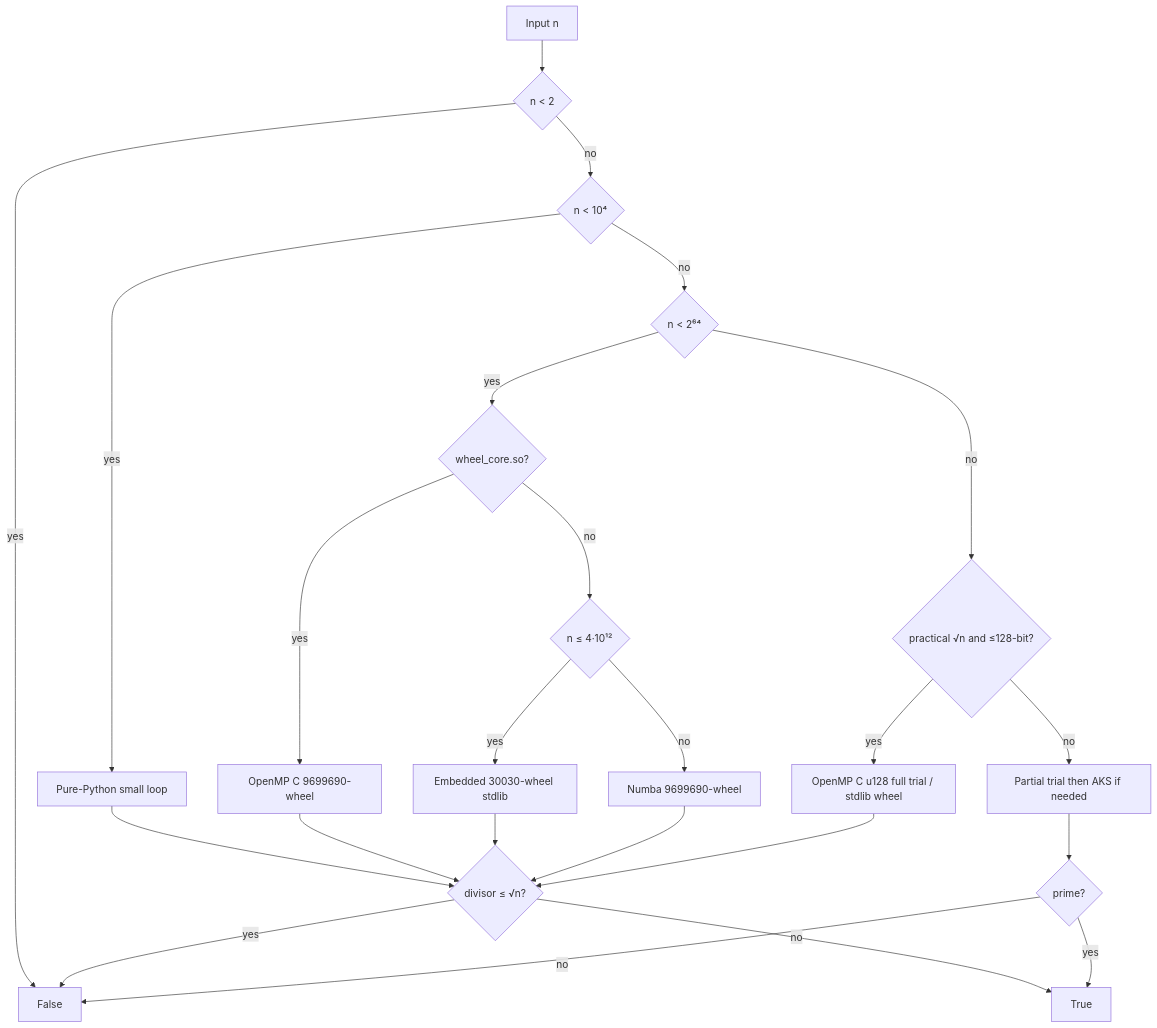
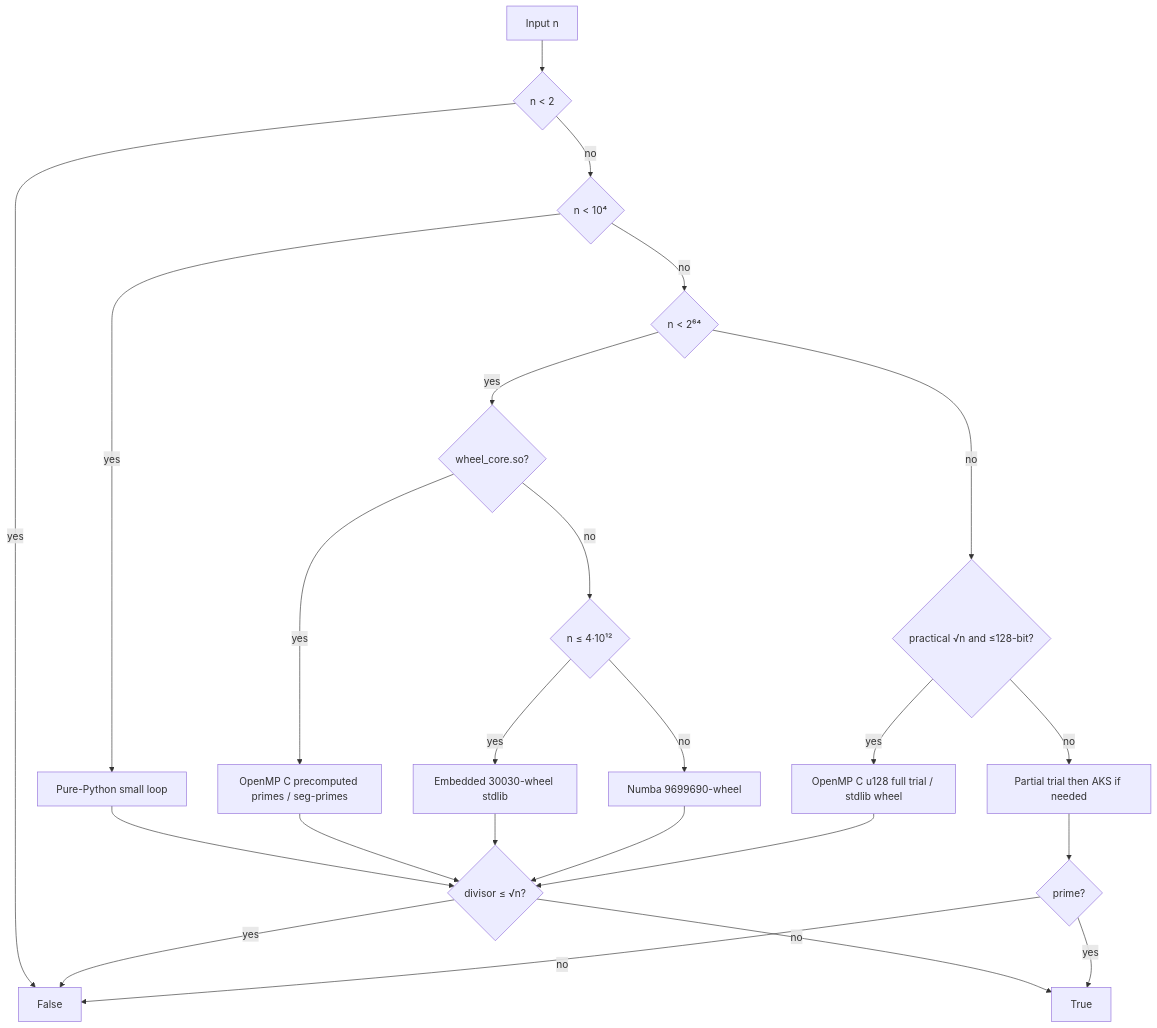
Before and after one commit to BurakAhmet/Best-Prime-Number-Function: the diagram in README.md, drawn with Mermaid. The commit also changed other lines of this file and 19 other files, not shown here.

First line of the commit message:
feat(v1.4.1): faster deterministic trial — precomputed primes + wheel-30 sieve

````diff
--- a/README.md
+++ b/README.md
@@ -188,26 +188,26 @@
 ```mermaid
 flowchart TD
   A[Input n] --> B{n < 2}
   B -->|yes| Z1[False]
   B -->|no| C{n < 10⁴}
   C -->|yes| P1[Pure-Python small loop]
   C -->|no| D{n < 2⁶⁴}
   D -->|yes| E{wheel_core.so?}
-  E -->|yes| P2[OpenMP C 9699690-wheel]
+  E -->|yes| P2[OpenMP C precomputed primes / seg-primes]
   E -->|no| F{n ≤ 4·10¹²}
   F -->|yes| P3[Embedded 30030-wheel stdlib]
   F -->|no| P4[Numba 9699690-wheel]
   P1 --> G{divisor ≤ √n?}
   P2 --> G
   P3 --> G
   P4 --> G
   G -->|yes| Z1
   G -->|no| Z2[True]
   D -->|no| H{practical √n and ≤128-bit?}
   H -->|yes| P5[OpenMP C u128 full trial / stdlib wheel]
   P5 --> G
   H -->|no| I[Partial trial then AKS if needed]
   I --> L{prime?}
   L -->|yes| Z2
   L -->|no| Z1
 ```
````
